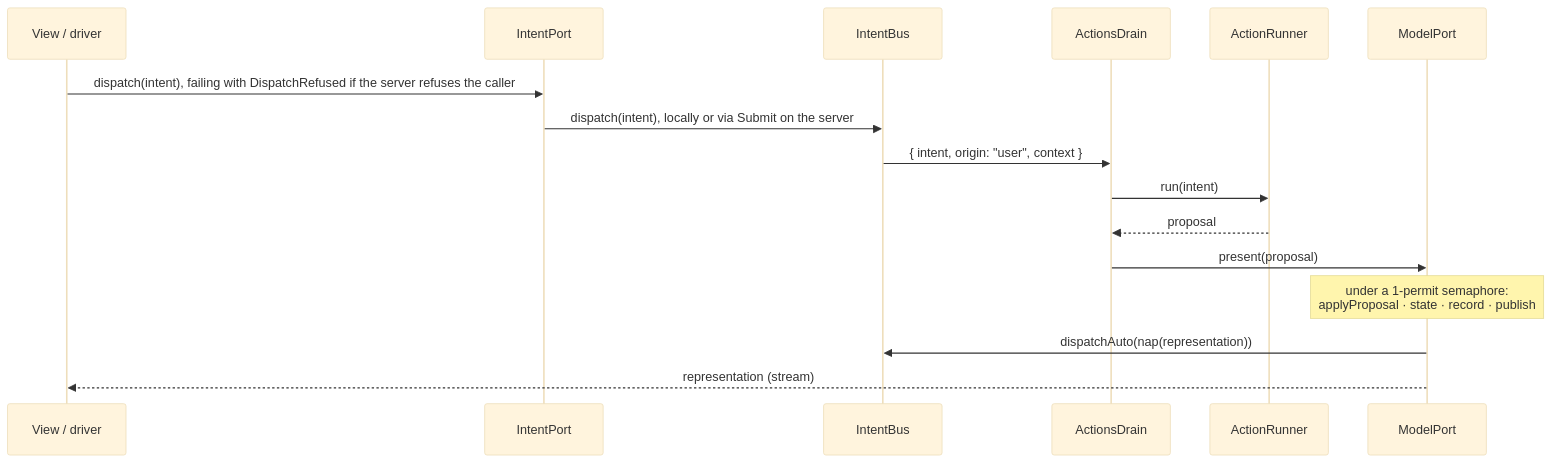
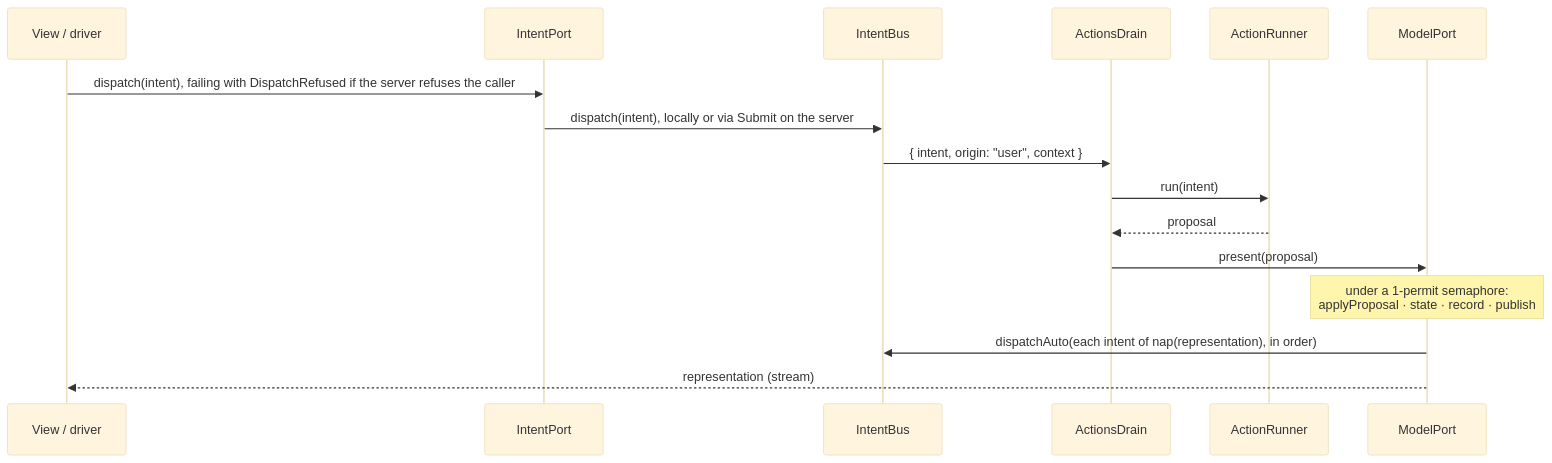
One commit to Trebh/microfw changed the first of 2 diagrams in docs/architecture/sam-loop.md. Above: the diagram before and after it, drawn with Mermaid (base theme). The commit also changed other lines of this file and 45 other files, not shown here.

````diff
--- a/docs/architecture/sam-loop.md
+++ b/docs/architecture/sam-loop.md
@@ -45,18 +48,18 @@
 ```mermaid
 sequenceDiagram
   participant V as View / driver
   participant P as IntentPort
   participant B as IntentBus
   participant D as ActionsDrain
   participant A as ActionRunner
   participant M as ModelPort
   V->>P: dispatch(intent), failing with DispatchRefused if the server refuses the caller
   P->>B: dispatch(intent), locally or via Submit on the server
   B->>D: { intent, origin: "user", context }
   D->>A: run(intent)
   A-->>D: proposal
   D->>M: present(proposal)
   Note over M: under a 1-permit semaphore:<br/>applyProposal · state · record · publish
-  M->>B: dispatchAuto(nap(representation))
+  M->>B: dispatchAuto(each intent of nap(representation), in order)
   M-->>V: representation (stream)
 ```
````
